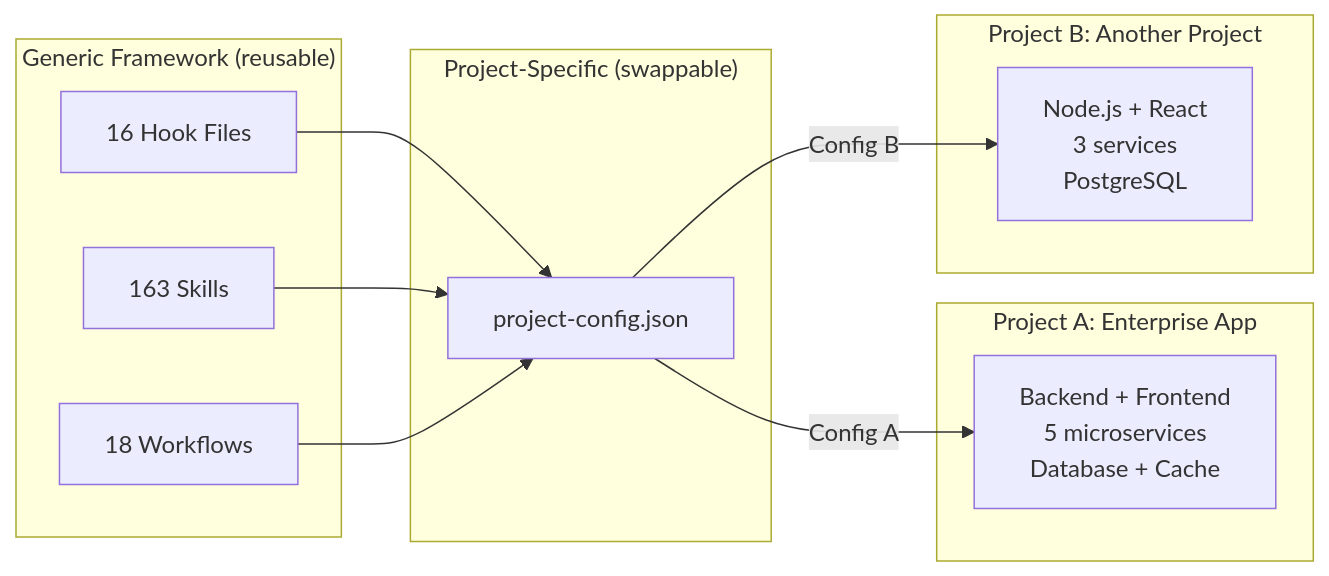
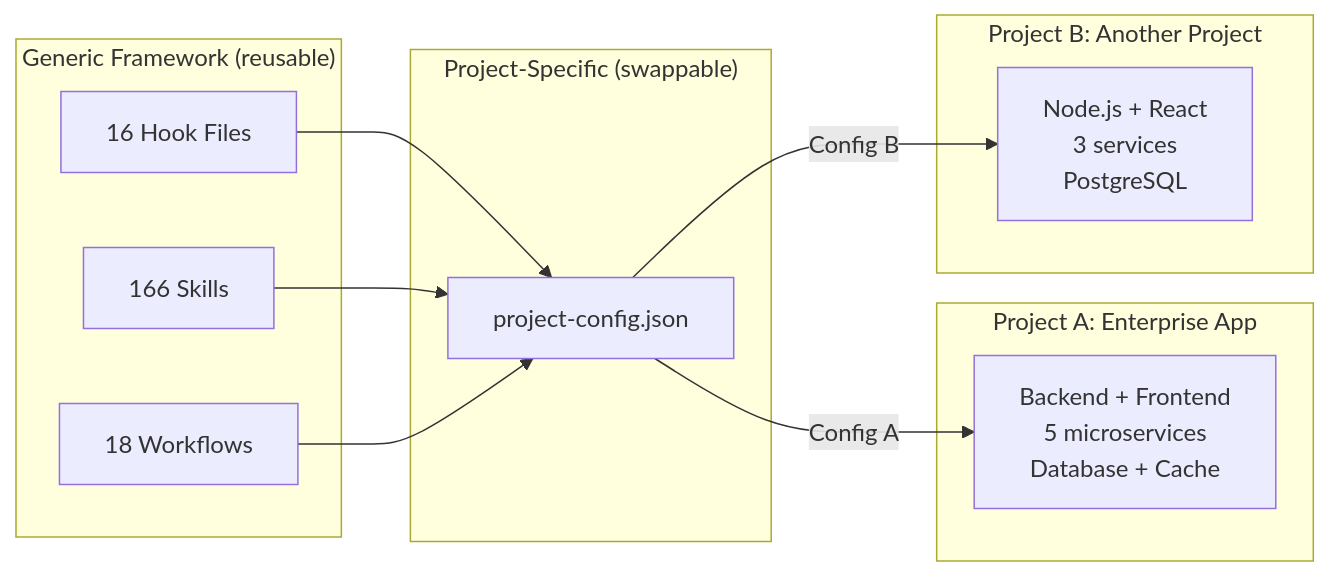
Before and after one commit to duc01226/easy-claude: the eighth of 20 diagrams in .claude/docs/claude-ai-agent-framework-guide.md, drawn with Mermaid. The commit also changed other lines of this file and 517 other files, not shown here.

````diff
--- a/.claude/docs/claude-ai-agent-framework-guide.md
+++ b/.claude/docs/claude-ai-agent-framework-guide.md
@@ -878,24 +877,24 @@
 ```mermaid
 graph LR
     subgraph "Generic Framework (reusable)"
         H[16 Hook Files]
-        S[163 Skills]
+        S[166 Skills]
         W[18 Workflows]
     end
 
     subgraph "Project-Specific (swappable)"
         PC[project-config.json]
     end
 
     subgraph "Project A: Enterprise App"
         PA[Backend + Frontend<br/>5 microservices<br/>Database + Cache]
     end
 
     subgraph "Project B: Another Project"
         PB[Node.js + React<br/>3 services<br/>PostgreSQL]
     end
 
     H & S & W --> PC
     PC -->|Config A| PA
     PC -->|Config B| PB
 ```
````
